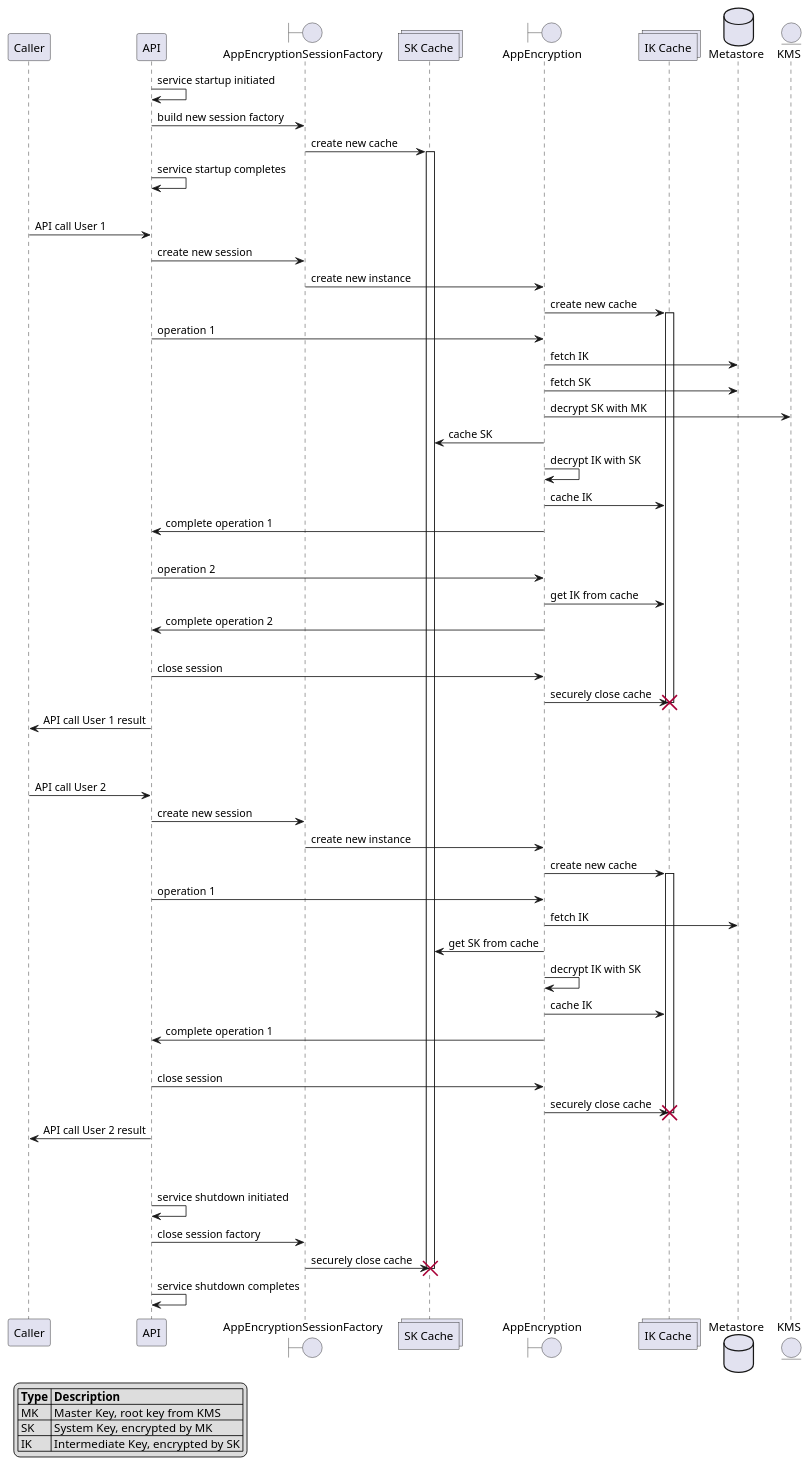
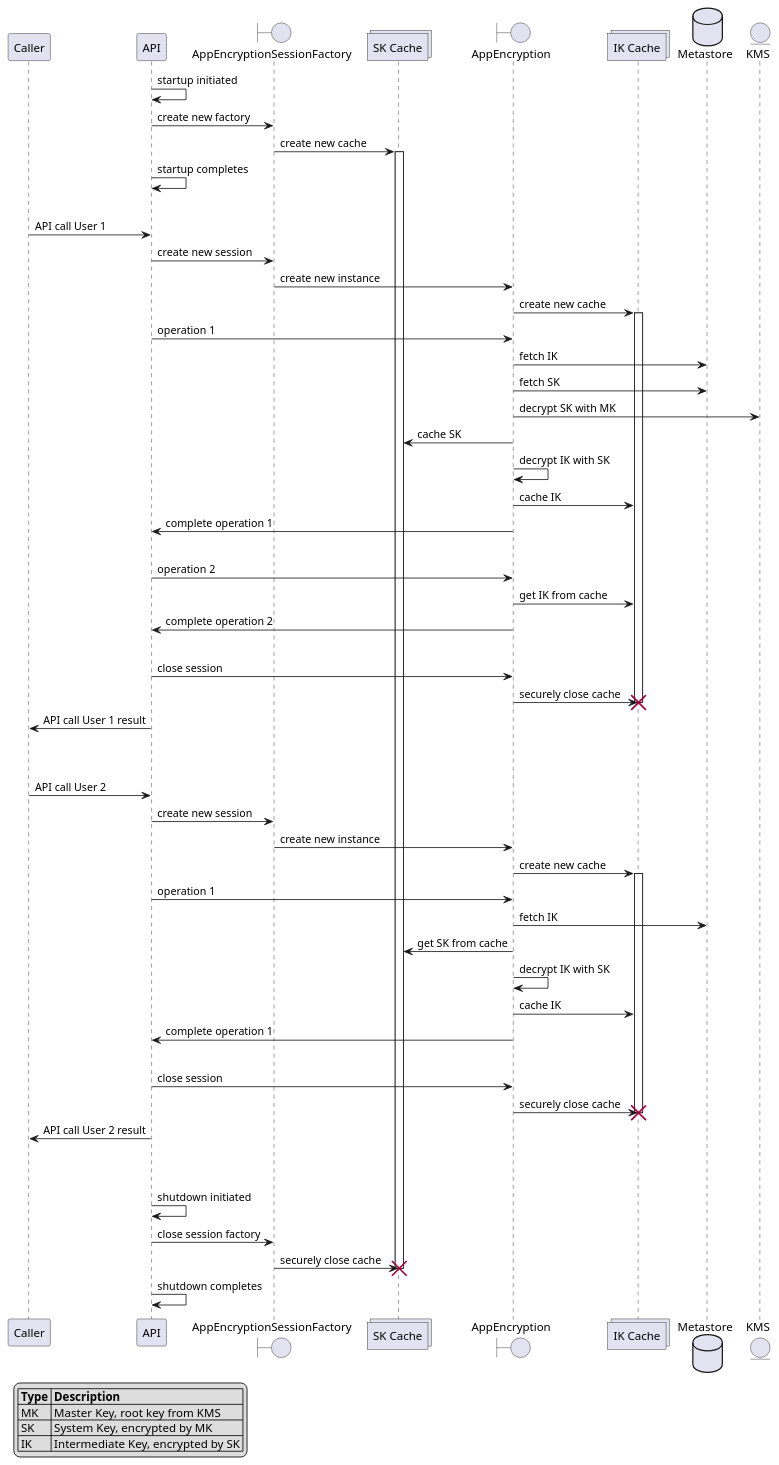
The diagram in docs/assets/cache_lifecycles.puml (godaddy/asherah), drawn with PlantUML before and after one commit. The commit also changed 1 other file, not shown here.

Commit message:
narrow diagram some more

```diff
--- a/docs/assets/cache_lifecycles.puml
+++ b/docs/assets/cache_lifecycles.puml
@@ -1,75 +1,75 @@
 @startuml
 
 skinparam shadowing false
 
 legend left
 |= Type |= Description |
 | MK | Master Key, root key from KMS |
 | SK | System Key, encrypted by MK |
 | IK | Intermediate Key, encrypted by SK |
 endlegend
 
 participant Caller
 participant API
 boundary AppEncryptionSessionFactory
 collections "SK Cache"
 boundary AppEncryption
 collections "IK Cache"
 database Metastore
 entity KMS
 
-API -> API : service startup initiated
-API -> AppEncryptionSessionFactory : build new session factory
+API -> API : startup initiated
+API -> AppEncryptionSessionFactory : create new factory
 AppEncryptionSessionFactory -> "SK Cache" : create new cache
 activate "SK Cache"
-API -> API : service startup completes
+API -> API : startup completes
 |||
 Caller -> API : API call User 1
 API -> AppEncryptionSessionFactory : create new session
 AppEncryptionSessionFactory -> AppEncryption : create new instance
 AppEncryption -> "IK Cache" : create new cache
 activate "IK Cache"
 API -> AppEncryption : operation 1
 AppEncryption -> Metastore : fetch IK
 AppEncryption -> Metastore : fetch SK
 AppEncryption -> KMS : decrypt SK with MK
 AppEncryption -> "SK Cache" : cache SK
 AppEncryption -> AppEncryption : decrypt IK with SK
 AppEncryption -> "IK Cache" : cache IK
 AppEncryption -> API : complete operation 1
 |||
 API -> AppEncryption : operation 2
 AppEncryption -> "IK Cache" : get IK from cache
 AppEncryption -> API : complete operation 2
 |||
 API -> AppEncryption : close session
 AppEncryption -> "IK Cache" : securely close cache
 destroy "IK Cache"
 API -> Caller : API call User 1 result
 |||
 |||
 Caller -> API : API call User 2
 API -> AppEncryptionSessionFactory : create new session
 AppEncryptionSessionFactory -> AppEncryption : create new instance
 AppEncryption -> "IK Cache" : create new cache
 activate "IK Cache"
 API -> AppEncryption : operation 1
 AppEncryption -> Metastore : fetch IK
 AppEncryption -> "SK Cache" : get SK from cache
 AppEncryption -> AppEncryption : decrypt IK with SK
 AppEncryption -> "IK Cache" : cache IK
 AppEncryption -> API : complete operation 1
 |||
 API -> AppEncryption : close session
 AppEncryption -> "IK Cache" : securely close cache
 destroy "IK Cache"
 API -> Caller : API call User 2 result
 |||
 |||
-API -> API : service shutdown initiated
+API -> API : shutdown initiated
 API -> AppEncryptionSessionFactory : close session factory
 AppEncryptionSessionFactory -> "SK Cache" : securely close cache
 destroy "SK Cache"
-API -> API : service shutdown completes
+API -> API : shutdown completes
 
 @enduml
```
